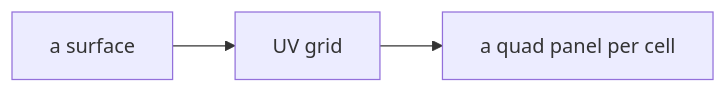
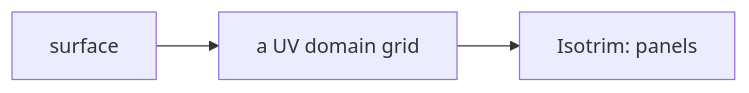
Before and after one commit to rccn-teaching/cdf: the second of 4 diagrams in Lecture/Week_11/goals.md, drawn with Mermaid. The commit also changed other lines of this file and 23 other files, not shown here.

Commit message:
Refactor lecture materials for Weeks 13-15: update README and goals to enhance clarity and structure; adjust session objectives and commands; improve flowcharts and voting processes for better engagement and understanding.

````diff
--- a/Lecture/Week_11/goals.md
+++ b/Lecture/Week_11/goals.md
@@ -17,5 +35,7 @@
 ```mermaid
 flowchart LR
-    S["a surface"] --> G["UV grid"]
-    G --> Q["a quad panel per cell"]
+    S0["surface"]
+    D1["a UV domain grid"]
+    I2["Isotrim: panels"]
+    S0 --> D1 --> I2
 ```
````
